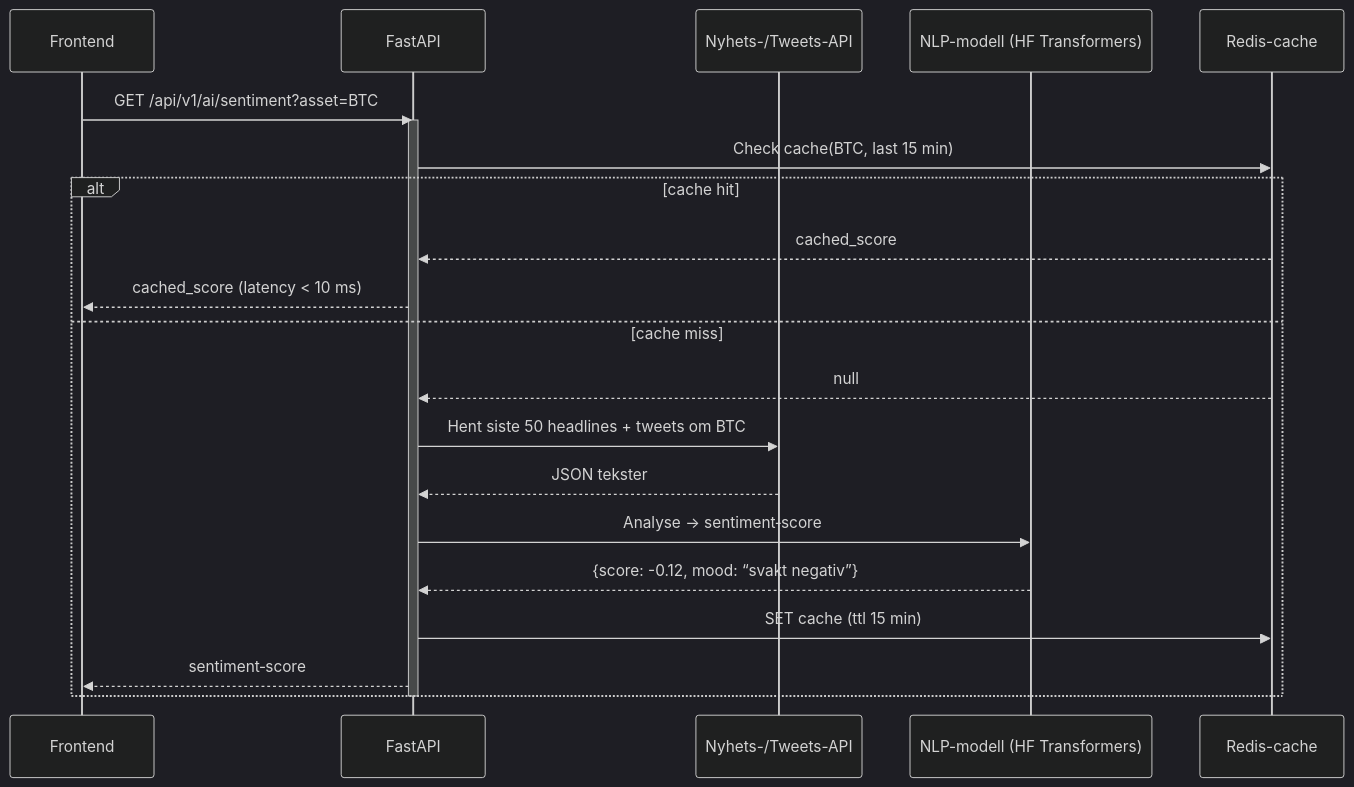
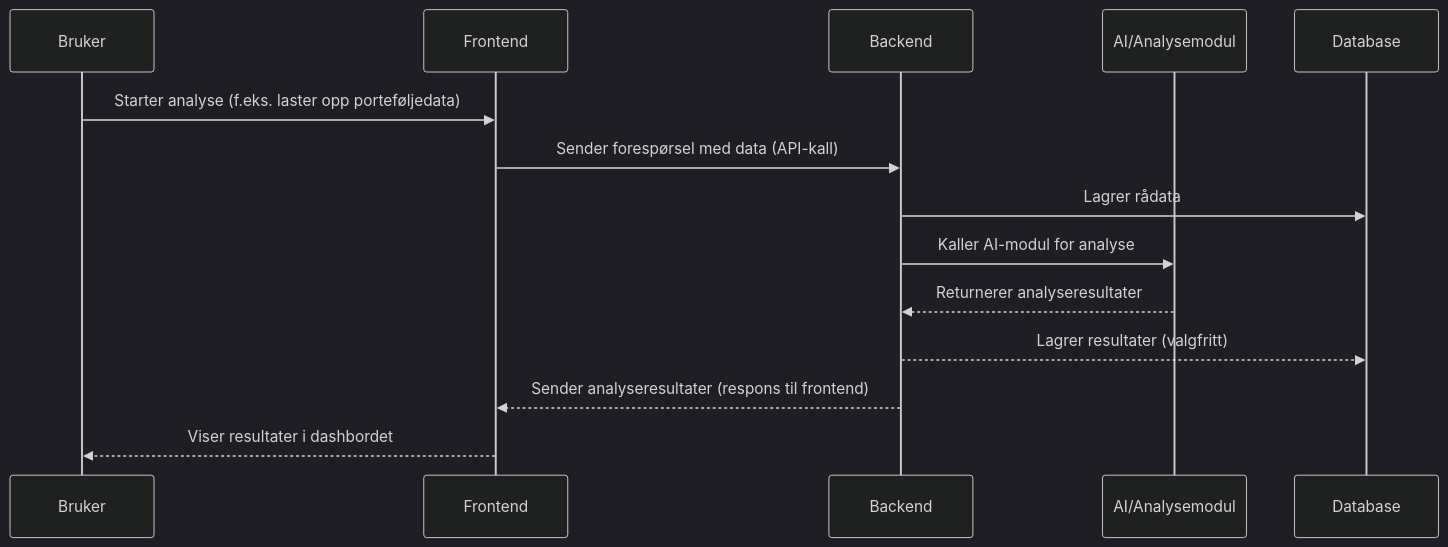
The sixth of 10 diagrams in README.md (engan/investlytics-hub-proposal), drawn with Mermaid (dark theme) before and after one commit. The commit also changed other lines of this file, not shown here.

First line of the commit message:
docs(readme): update roadmap phases and fix Mermaid diagrams

````diff
--- a/README.md
+++ b/README.md
@@ -355,26 +468,17 @@
 ```mermaid
 sequenceDiagram
-    participant User as Frontend
-    participant API  as FastAPI
-    participant News as Nyhets-/Tweets-API
-    participant AI   as NLP-modell (HF Transformers)
-    participant DB   as Redis-cache
+    participant Bruker
+    participant Frontend
+    participant Backend
+    participant ML as AI/Analysemodul
+    participant DB as Database
 
-    User->>API: GET /api/v1/ai/sentiment?asset=BTC
-    activate API
-    API->>DB:  Check cache(BTC, last 15 min)
-    alt cache hit
-        DB-->>API: cached_score
-        API-->>User: cached_score (latency < 10 ms)
-    else cache miss
-        DB-->>API: null
-        API->>News: Hent siste 50 headlines + tweets om BTC
-        News-->>API: JSON tekster
-        API->>AI:   Analyse → sentiment‐score
-        AI-->>API:  {score: -0.12, mood: “svakt negativ”}
-        API->>DB:   SET cache (ttl 15 min)
-        API-->>User: sentiment‐score
-    end
-    deactivate API
-
+    Bruker->>Frontend: Starter analyse (f.eks. laster opp porteføljedata)
+    Frontend->>Backend: Sender forespørsel med data (API-kall)
+    Backend->>DB: Lagrer rådata
+    Backend->>ML: Kaller AI-modul for analyse
+    ML-->>Backend: Returnerer analyseresultater
+    Backend-->>DB: Lagrer resultater (valgfritt)
+    Backend-->>Frontend: Sender analyseresultater (respons til frontend)
+    Frontend-->>Bruker: Viser resultater i dashbordet
 ```    
````
